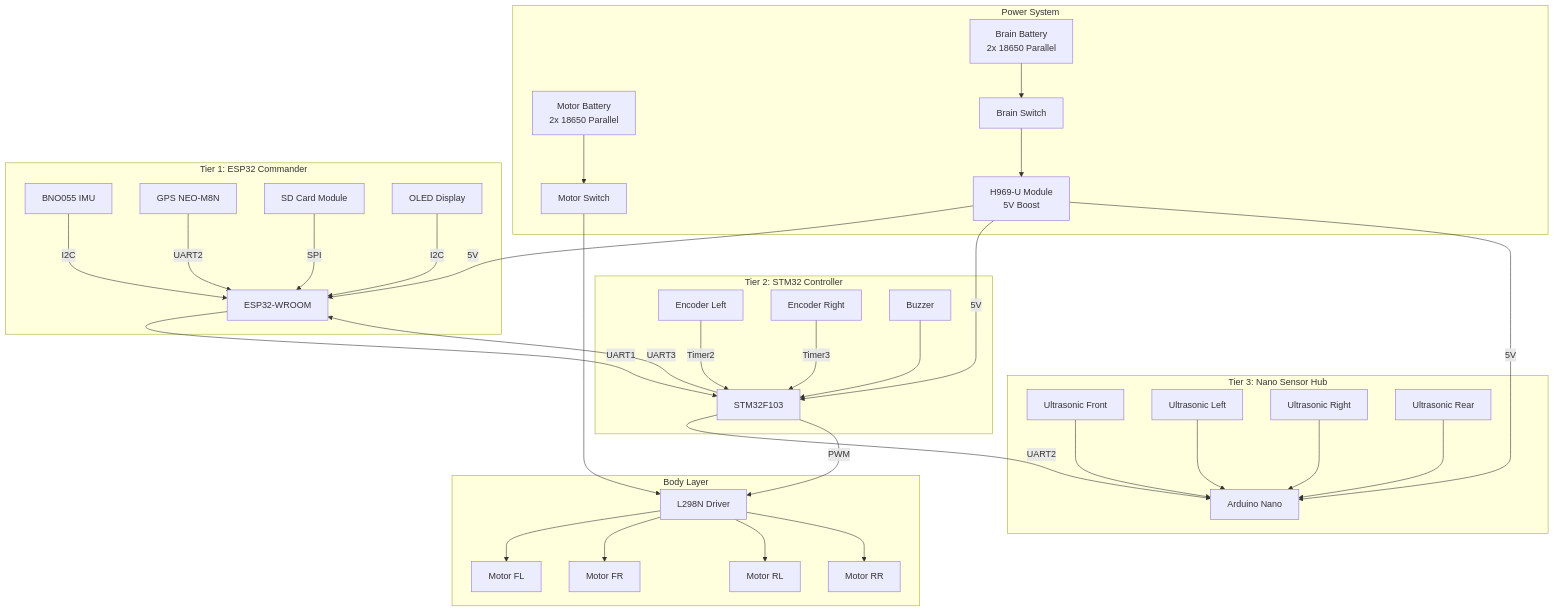
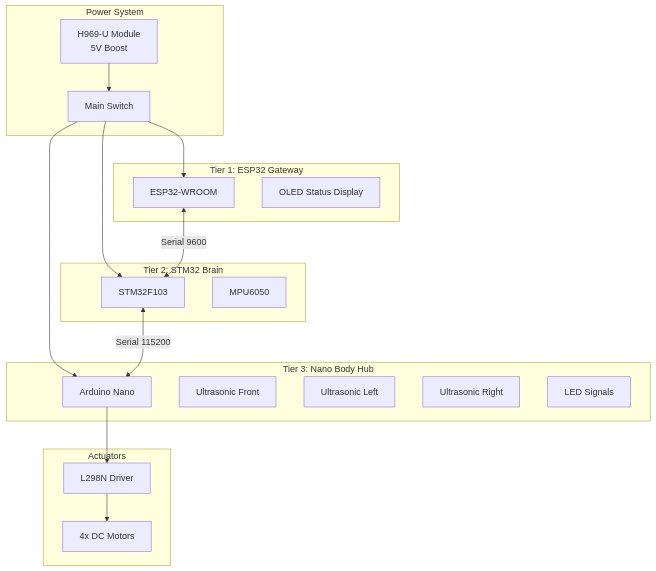
Before and after one commit to GhostMicro/micro-ai-robot-rover-docs: the diagram in docs/wiring_v4_complete.md, drawn with Mermaid. The commit also changed other lines of this file and 23 other files, not shown here.

````diff
--- a/docs/wiring_v4_complete.md
+++ b/docs/wiring_v4_complete.md
@@ -14,75 +14,40 @@
 ```mermaid
 graph TB
     subgraph "Power System"
-        BAT_BRAIN[Brain Battery<br/>2x 18650 Parallel]
-        BAT_MOTOR[Motor Battery<br/>2x 18650 Parallel]
         H969[H969-U Module<br/>5V Boost]
-        SW_BRAIN[Brain Switch]
-        SW_MOTOR[Motor Switch]
+        SW[Main Switch]
     end
     
-    subgraph "Tier 1: ESP32 Commander"
+    subgraph "Tier 1: ESP32 Gateway"
         ESP[ESP32-WROOM]
-        BNO[BNO055 IMU]
-        GPS[GPS NEO-M8N]
-        SD_MOD[SD Card Module]
-        OLED[OLED Display]
+        OLED[OLED Status Display]
     end
     
-    subgraph "Tier 2: STM32 Controller"
+    subgraph "Tier 2: STM32 Brain"
         STM[STM32F103]
-        ENC_L[Encoder Left]
-        ENC_R[Encoder Right]
-        BUZZ[Buzzer]
+        IMU[MPU6050]
     end
     
-    subgraph "Tier 3: Nano Sensor Hub"
+    subgraph "Tier 3: Nano Body Hub"
         NANO[Arduino Nano]
         US_F[Ultrasonic Front]
         US_L[Ultrasonic Left]
         US_R[Ultrasonic Right]
-        US_B[Ultrasonic Rear]
+        SIG[LED Signals]
     end
     
-    subgraph "Body Layer"
+    subgraph "Actuators"
         L298[L298N Driver]
-        M_FL[Motor FL]
-        M_FR[Motor FR]
-        M_RL[Motor RL]
-        M_RR[Motor RR]
+        MOTORS[4x DC Motors]
     end
     
-    BAT_BRAIN --> SW_BRAIN
-    SW_BRAIN --> H969
-    H969 -->|5V| ESP
-    H969 -->|5V| STM
-    H969 -->|5V| NANO
+    H969 --> SW
+    SW --> ESP
+    SW --> STM
+    SW --> NANO
     
-    BAT_MOTOR --> SW_MOTOR
-    SW_MOTOR --> L298
-    
-    BNO -->|I2C| ESP
-    GPS -->|UART2| ESP
-    SD_MOD -->|SPI| ESP
-    OLED -->|I2C| ESP
-    
-    ESP -->|UART1| STM
-    STM -->|UART3| ESP
-    
-    ENC_L -->|Timer2| STM
-    ENC_R -->|Timer3| STM
-    BUZZ --> STM
-    
-    STM -->|UART2| NANO
-    
-    US_F --> NANO
-    US_L --> NANO
-    US_R --> NANO
-    US_B --> NANO
-    
-    STM -->|PWM| L298
-    L298 --> M_FL
-    L298 --> M_FR
-    L298 --> M_RL
-    L298 --> M_RR
+    ESP <-->|Serial 9600| STM
+    STM <-->|Serial 115200| NANO
+    NANO --> L298
+    L298 --> MOTORS
 ```
````
